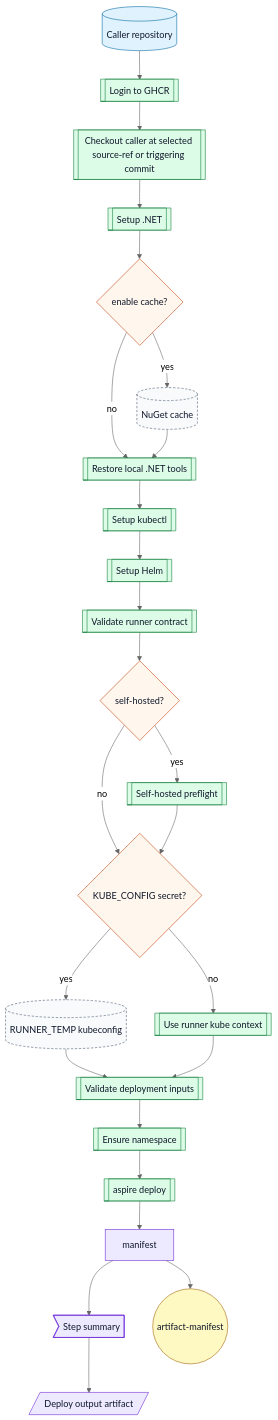
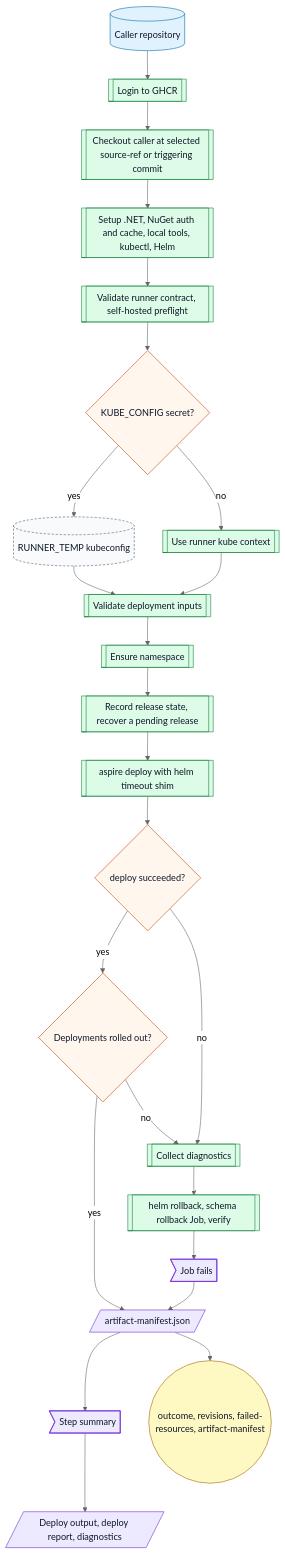
One commit to ArkanisCorporation/ci changed diagram 20 of 22 in docs/workflow-catalog.md. Above: the diagram before and after it, drawn with Mermaid (neutral theme). The commit also changed other lines of this file and 21 other files, not shown here.

First line of the commit message:
feat(deploy): roll back a failed Aspire Kubernetes deployment

````diff
--- a/docs/workflow-catalog.md
+++ b/docs/workflow-catalog.md
@@ -2341,39 +2356,38 @@
 ```mermaid
 flowchart TD
   caller[("Caller repository")] --> login[[Login to GHCR]]
   login --> checkout[[Checkout caller at selected source-ref or triggering commit]]
-  checkout --> dotnet[[Setup .NET]]
-  dotnet --> cache{enable cache?}
-  cache -->|yes| nugetCache[("NuGet cache")]
-  cache -->|no| tools[[Restore local .NET tools]]
-  nugetCache --> tools
-  tools --> kubectl[[Setup kubectl]]
-  kubectl --> helm[[Setup Helm]]
-  helm --> validate[[Validate runner contract]]
-  validate --> preflight{self-hosted?}
-  preflight -->|yes| sh[[Self-hosted preflight]]
-  preflight -->|no| kube{KUBE_CONFIG secret?}
-  sh --> kube
+  checkout --> tools[[Setup .NET, NuGet auth and cache, local tools, kubectl, Helm]]
+  tools --> validate[[Validate runner contract, self-hosted preflight]]
+  validate --> kube{KUBE_CONFIG secret?}
   kube -->|yes| tempKube[("RUNNER_TEMP kubeconfig")]
   kube -->|no| context[[Use runner kube context]]
   tempKube --> inputs[[Validate deployment inputs]]
   context --> inputs
   inputs --> namespace[[Ensure namespace]]
-  namespace --> aspire[[aspire deploy]]
-  aspire --> manifest
+  namespace --> record[[Record release state, recover a pending release]]
+  record --> aspire[[aspire deploy with helm timeout shim]]
+  aspire --> result{deploy succeeded?}
+  result -->|yes| verify{Deployments rolled out?}
+  verify -->|yes| manifest[/artifact-manifest.json/]
+  verify -->|no| diag
+  result -->|no| diag[[Collect diagnostics]]
+  diag --> rollback[[helm rollback, schema rollback Job, verify]]
+  rollback --> failJob>Job fails]
+  failJob --> manifest
   manifest --> summary>Step summary]
-  summary --> deployArtifact[/Deploy output artifact/]
-  manifest --> outputs(("artifact-manifest"))
+  summary --> deployArtifact[/Deploy output, deploy report, diagnostics/]
+  manifest --> outputs(("outcome, revisions, failed-resources, artifact-manifest"))
   classDef repo fill:#e0f2fe,stroke:#0369a1,color:#0f172a
   classDef action fill:#dcfce7,stroke:#15803d,color:#0f172a
   classDef decision fill:#fff7ed,stroke:#c2410c,color:#0f172a
   classDef artifact fill:#ede9fe,stroke:#6d28d9,color:#0f172a
   classDef output fill:#fef9c3,stroke:#a16207,color:#0f172a
   classDef external fill:#f8fafc,stroke:#475569,stroke-dasharray: 4 3,color:#0f172a
   class caller repo
-  class login,checkout,dotnet,tools,kubectl,helm,validate,sh,context,inputs,namespace,aspire action
-  class cache,preflight,kube decision
-  class manifest,summary,deployArtifact artifact
+  class login,checkout,tools,validate,context,inputs,namespace,record,aspire,diag,rollback action
+  class kube,result,verify decision
+  class manifest,summary,deployArtifact,failJob artifact
   class outputs output
-  class nugetCache,tempKube external
+  class tempKube external
 ```
````
